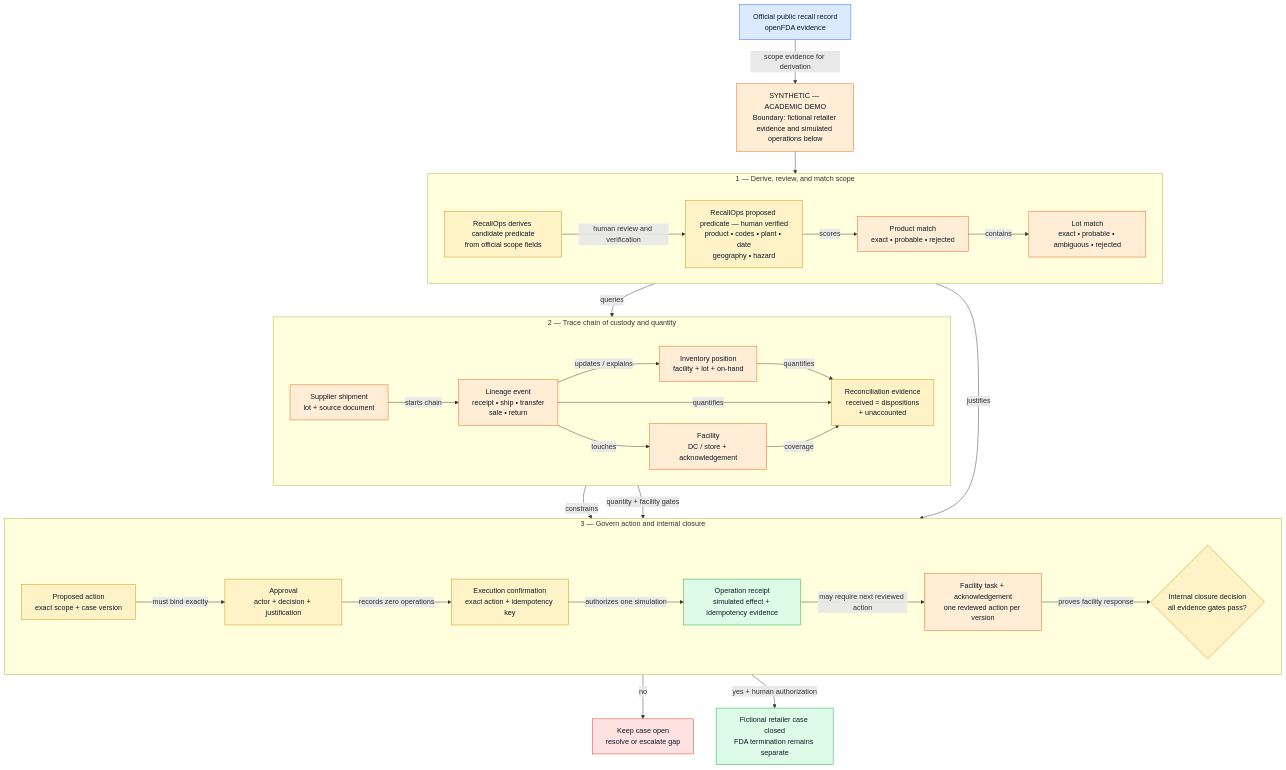
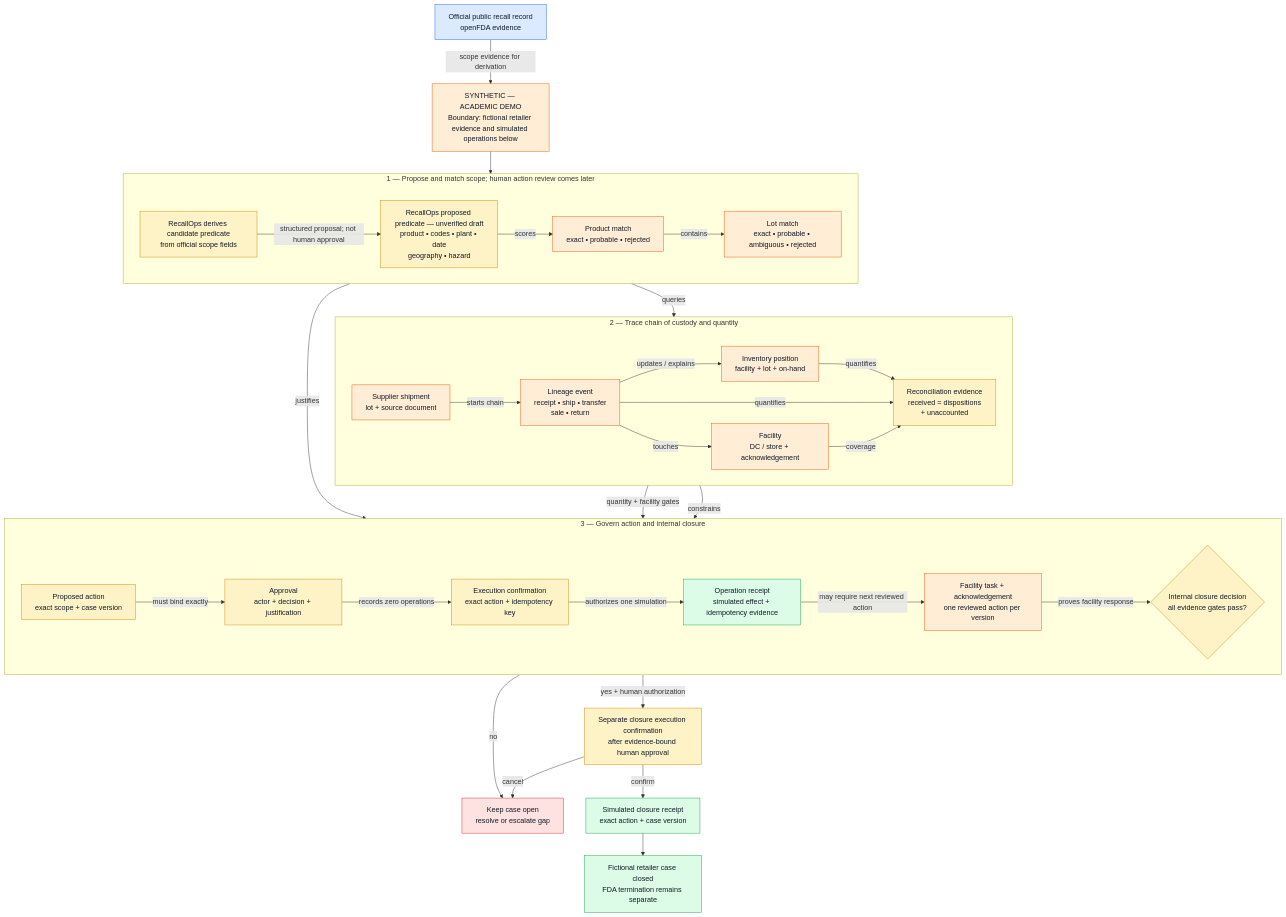
The diagram in docs/images/09_domain_evidence_model.mmd (nagarjunakanamarlapudi/reacall-agents), drawn with Mermaid before and after one commit. The commit also changed 43 other files, not shown here.

Commit message:
docs: align final demo and diagrams with bounded live evidence

```diff
--- a/docs/images/09_domain_evidence_model.mmd
+++ b/docs/images/09_domain_evidence_model.mmd
@@ -1,64 +1,68 @@
 %%{init: {"themeCSS": ".cluster-label div {white-space: nowrap !important; max-width: none !important; width: max-content !important;}", "flowchart": {"subGraphTitleMargin": {"top": 0, "bottom": 24}}}}%%
 flowchart TB
   classDef official fill:#dbeafe,stroke:#2563eb,color:#111827
   classDef synthetic fill:#ffedd5,stroke:#ea580c,color:#111827
   classDef review fill:#fef3c7,stroke:#ca8a04,color:#111827
   classDef approved fill:#dcfce7,stroke:#16a34a,color:#111827
   classDef blocked fill:#fee2e2,stroke:#dc2626,color:#111827
 
   PUBLIC["Official public recall record<br/>openFDA evidence"]:::official
 
   DEMO_NOTE["SYNTHETIC — ACADEMIC DEMO<br/>Boundary: fictional retailer evidence and simulated operations below"]:::synthetic
 
-    subgraph SCOPE["1 — Derive, review, and match scope"]
+    subgraph SCOPE["1 — Propose and match scope; human action review comes later"]
       direction LR
       DRAFT["RecallOps derives candidate predicate<br/>from official scope fields"]:::review
-      PRED["RecallOps proposed predicate — human verified<br/>product • codes • plant • date<br/>geography • hazard"]:::review
+      PRED["RecallOps proposed predicate — unverified draft<br/>product • codes • plant • date<br/>geography • hazard"]:::review
       PRODUCT["Product match<br/>exact • probable • rejected"]:::synthetic
       LOT["Lot match<br/>exact • probable • ambiguous • rejected"]:::synthetic
-      DRAFT -->|human review and verification| PRED
+      DRAFT -->|structured proposal; not human approval| PRED
       PRED -->|scores| PRODUCT
       PRODUCT -->|contains| LOT
     end
 
     subgraph TRACE["2 — Trace chain of custody and quantity"]
       direction LR
       SHIP["Supplier shipment<br/>lot + source document"]:::synthetic
       EVENT["Lineage event<br/>receipt • ship • transfer<br/>sale • return"]:::synthetic
       INV["Inventory position<br/>facility + lot + on-hand"]:::synthetic
       FAC["Facility<br/>DC / store + acknowledgement"]:::synthetic
       REC["Reconciliation evidence<br/>received = dispositions<br/>+ unaccounted"]:::review
       SHIP -->|starts chain| EVENT
       EVENT -->|updates / explains| INV
       EVENT -->|touches| FAC
       INV -->|quantifies| REC
       EVENT -->|quantifies| REC
       FAC -->|coverage| REC
     end
 
     subgraph GOVERN["3 — Govern action and internal closure"]
       direction LR
       ACTION["Proposed action<br/>exact scope + case version"]:::review
       APPROVAL["Approval<br/>actor + decision + justification"]:::review
       CONFIRM["Execution confirmation<br/>exact action + idempotency key"]:::review
       RECEIPT["Operation receipt<br/>simulated effect + idempotency evidence"]:::approved
       TASK["Facility task + acknowledgement<br/>one reviewed action per version"]:::synthetic
       CLOSURE{"Internal closure decision<br/>all evidence gates pass?"}:::review
       ACTION -->|must bind exactly| APPROVAL
       APPROVAL -->|records zero operations| CONFIRM
       CONFIRM -->|authorizes one simulation| RECEIPT
       RECEIPT -->|may require next reviewed action| TASK
       TASK -->|proves facility response| CLOSURE
     end
 
     OPEN["Keep case open<br/>resolve or escalate gap"]:::blocked
     CLOSED["Fictional retailer case closed<br/>FDA termination remains separate"]:::approved
+    CLOSE_CONFIRM["Separate closure execution confirmation<br/>after evidence-bound human approval"]:::review
+    CLOSE_RECEIPT["Simulated closure receipt<br/>exact action + case version"]:::approved
 
     LOT -->|queries| SHIP
     LOT -->|justifies| ACTION
     REC -->|constrains| ACTION
     REC -->|quantity + facility gates| CLOSURE
     CLOSURE -->|no| OPEN
-    CLOSURE -->|yes + human authorization| CLOSED
+    CLOSURE -->|yes + human authorization| CLOSE_CONFIRM
+    CLOSE_CONFIRM -->|confirm| CLOSE_RECEIPT --> CLOSED
+    CLOSE_CONFIRM -->|cancel| OPEN
   PUBLIC -->|scope evidence for derivation| DEMO_NOTE
   DEMO_NOTE --> DRAFT
```
